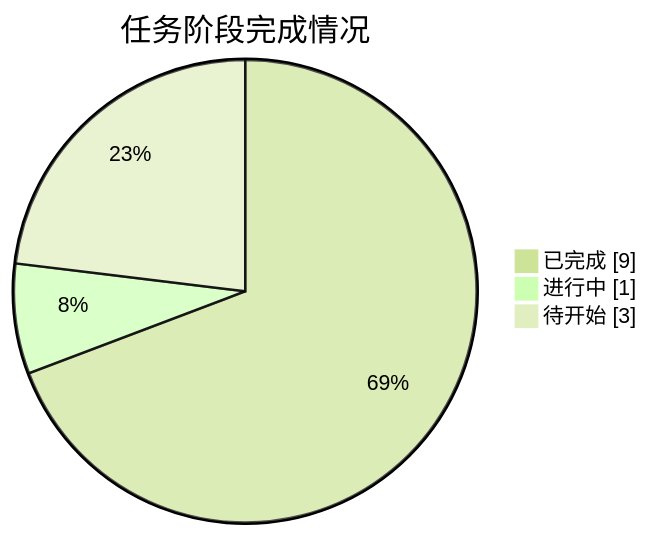
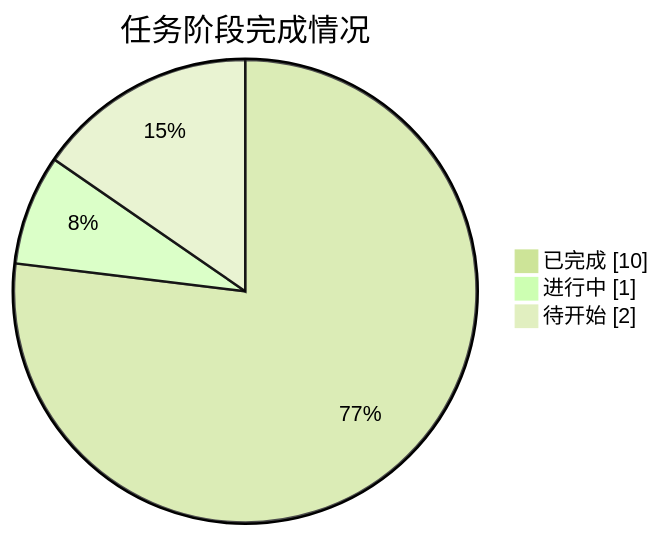
Before and after one commit to J-met77/AAW-mathorcup-2025-B-1: the diagram in README.md, drawn with Mermaid (forest theme). The commit also changed other lines of this file and 3 other files, not shown here.

````diff
--- a/README.md
+++ b/README.md
@@ -27,7 +27,7 @@
 ```mermaid
 pie showData
     title 任务阶段完成情况
-    "已完成" : 9
+    "已完成" : 10
     "进行中" : 1
-    "待开始" : 3
+    "待开始" : 2
 ```
````
